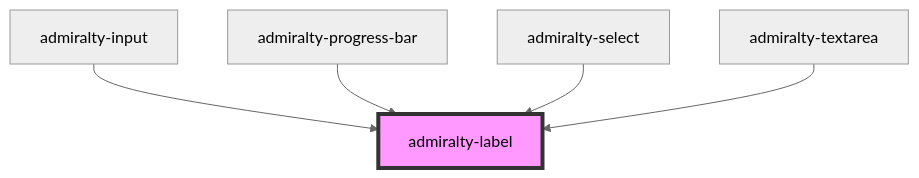
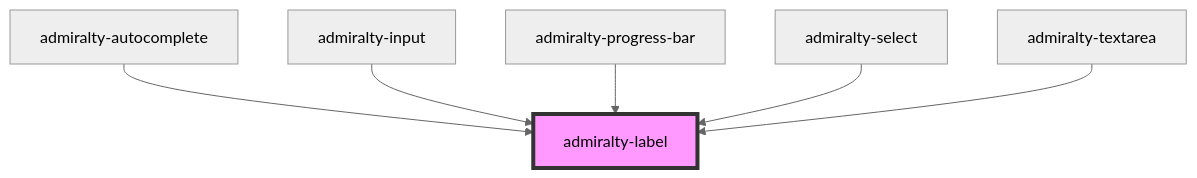
One commit to UKHO/admiralty-design-system changed the diagram in packages/core/src/components/label/readme.md. Above: the diagram before and after it, drawn with Mermaid (neutral theme). The commit also changed other lines of this file and 4 other files, not shown here.

````diff
--- a/packages/core/src/components/label/readme.md
+++ b/packages/core/src/components/label/readme.md
@@ -33,8 +34,9 @@
 ```mermaid
 graph TD;
+  admiralty-autocomplete --> admiralty-label
   admiralty-input --> admiralty-label
   admiralty-progress-bar --> admiralty-label
   admiralty-select --> admiralty-label
   admiralty-textarea --> admiralty-label
   style admiralty-label fill:#f9f,stroke:#333,stroke-width:4px
 ```
````
